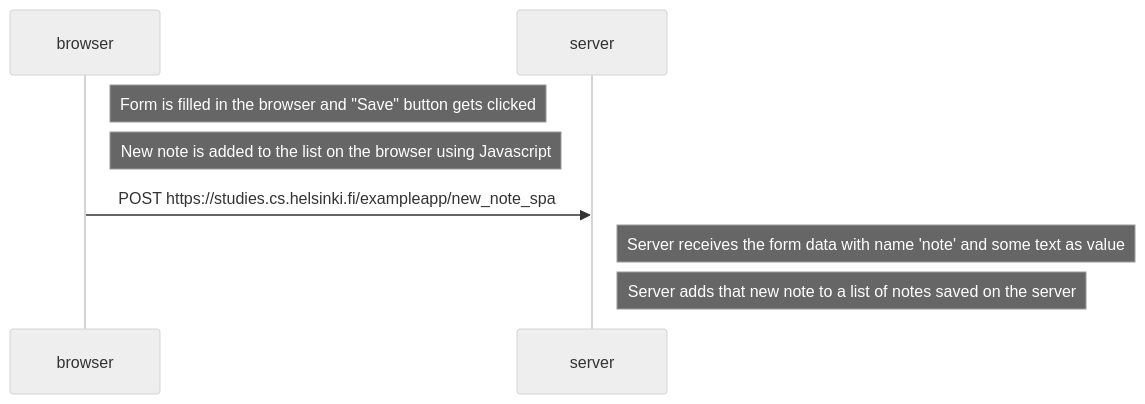
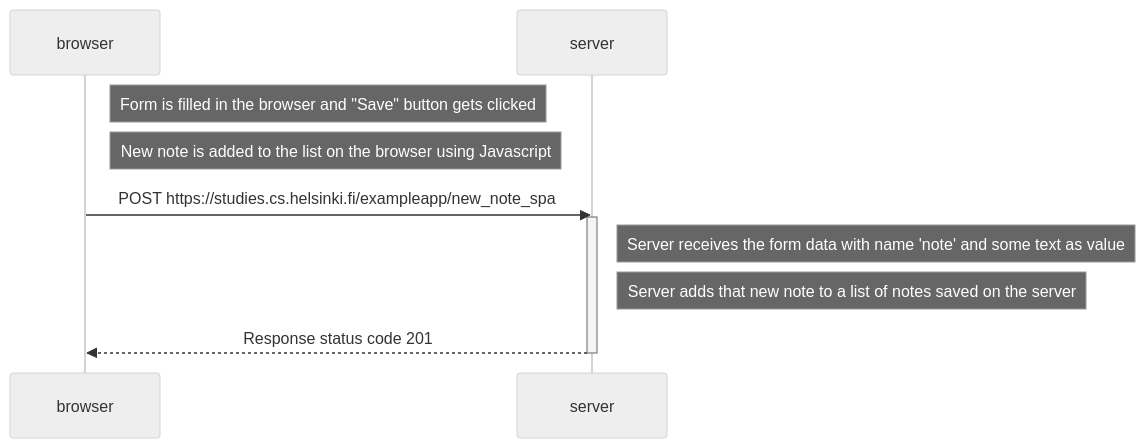
One commit to AksuCode/Full-Stack-Open changed the diagram in exercises/part_0/New_note_in_Single_page_app_diagram_0.6.md. Above: the diagram before and after it, drawn with Mermaid (neutral theme).

Commit message:
Last fix

````diff
--- a/exercises/part_0/New_note_in_Single_page_app_diagram_0.6.md
+++ b/exercises/part_0/New_note_in_Single_page_app_diagram_0.6.md
@@ -1,14 +1,16 @@
 ```mermaid
 sequenceDiagram
     participant browser
     participant server
 
     Note right of browser: Form is filled in the browser and "Save" button gets clicked
 
     Note right of browser: New note is added to the list on the browser using Javascript
 
     browser->>server: POST https://studies.cs.helsinki.fi/exampleapp/new_note_spa
-
+    activate server
     Note right of server: Server receives the form data with name 'note' and some text as value
     Note right of server: Server adds that new note to a list of notes saved on the server
+    server-->>browser: Response status code 201
+    deactivate server
 ```
````
